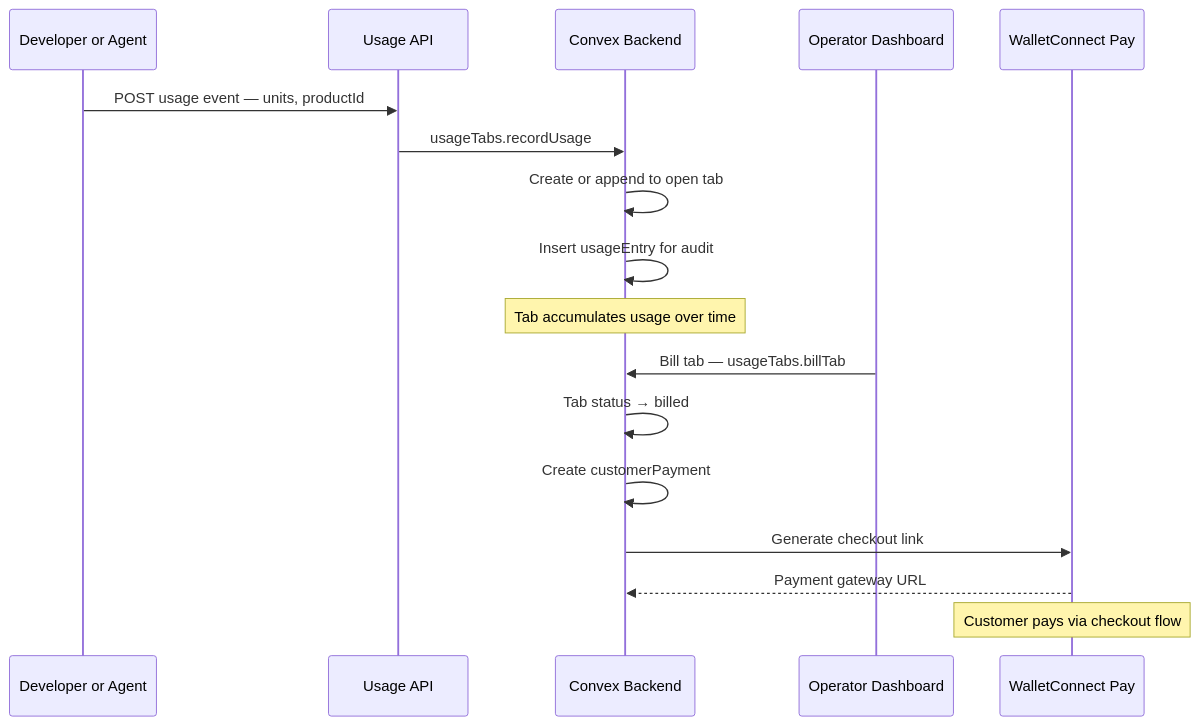
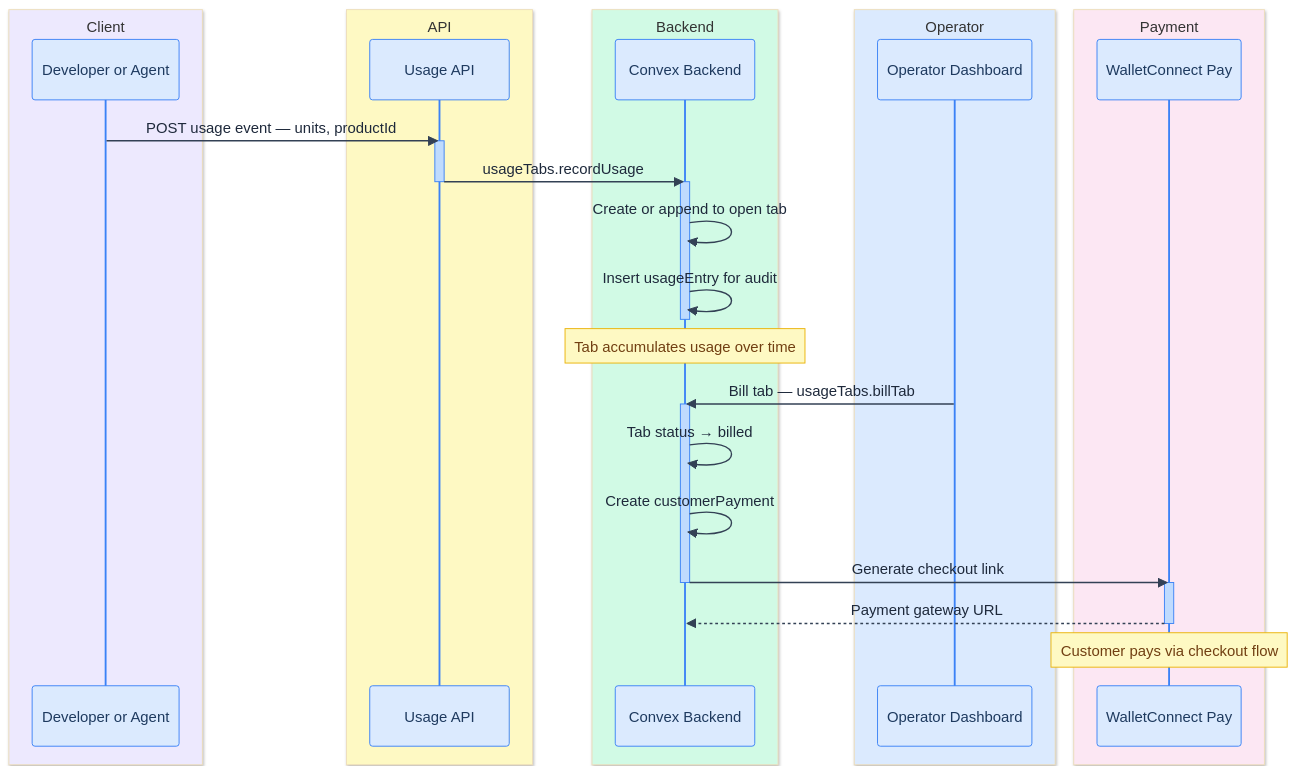
The fifth of 8 diagrams in ARCHITECTURE.md (Cannes2026EthGlobal/webapp), drawn with Mermaid before and after one commit. The commit also changed other lines of this file, not shown here.

First line of the commit message:
docs: add colors, themed styling, and legend to architecture diagrams

````diff
--- a/ARCHITECTURE.md
+++ b/ARCHITECTURE.md
@@ -127,20 +229,39 @@
 ```mermaid
+%%{init: {'theme': 'base', 'themeVariables': {'actorBkg': '#dbeafe', 'actorBorder': '#3b82f6', 'actorTextColor': '#1e3a5f', 'activationBkgColor': '#bfdbfe', 'activationBorderColor': '#3b82f6', 'signalColor': '#334155', 'signalTextColor': '#1e293b', 'noteBkgColor': '#fef9c3', 'noteBorderColor': '#eab308', 'noteTextColor': '#713f12'}}}%%
 sequenceDiagram
-    participant Dev as Developer or Agent
-    participant API as Usage API
-    participant CX as Convex Backend
-    participant Op as Operator Dashboard
-    participant WC as WalletConnect Pay
+    box rgb(237, 233, 254) Client
+        participant Dev as Developer or Agent
+    end
+    box rgb(254, 249, 195) API
+        participant API as Usage API
+    end
+    box rgb(209, 250, 229) Backend
+        participant CX as Convex Backend
+    end
+    box rgb(219, 234, 254) Operator
+        participant Op as Operator Dashboard
+    end
+    box rgb(252, 231, 243) Payment
+        participant WC as WalletConnect Pay
+    end
 
     Dev->>API: POST usage event — units, productId
+    activate API
     API->>CX: usageTabs.recordUsage
+    deactivate API
+    activate CX
     CX->>CX: Create or append to open tab
     CX->>CX: Insert usageEntry for audit
+    deactivate CX
     Note over CX: Tab accumulates usage over time
     Op->>CX: Bill tab — usageTabs.billTab
+    activate CX
     CX->>CX: Tab status → billed
     CX->>CX: Create customerPayment
     CX->>WC: Generate checkout link
+    deactivate CX
+    activate WC
     WC-->>CX: Payment gateway URL
+    deactivate WC
     Note over WC: Customer pays via checkout flow
 ```
````
